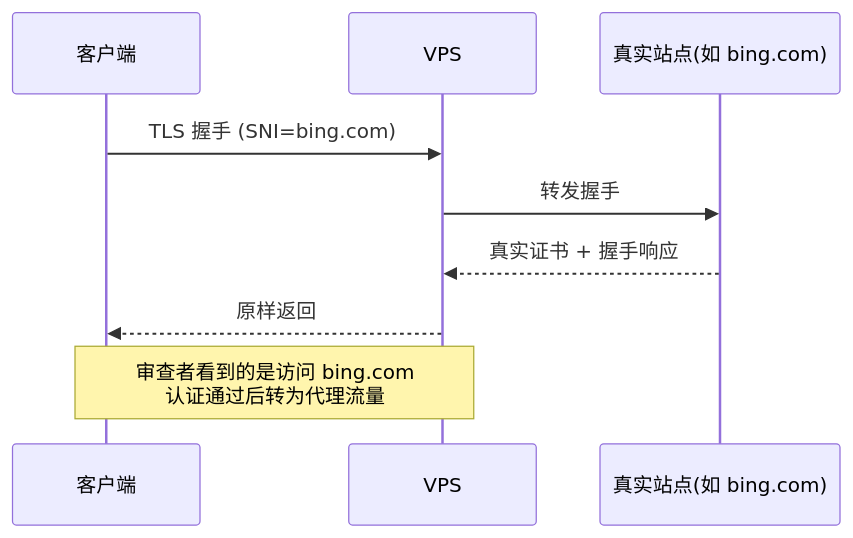
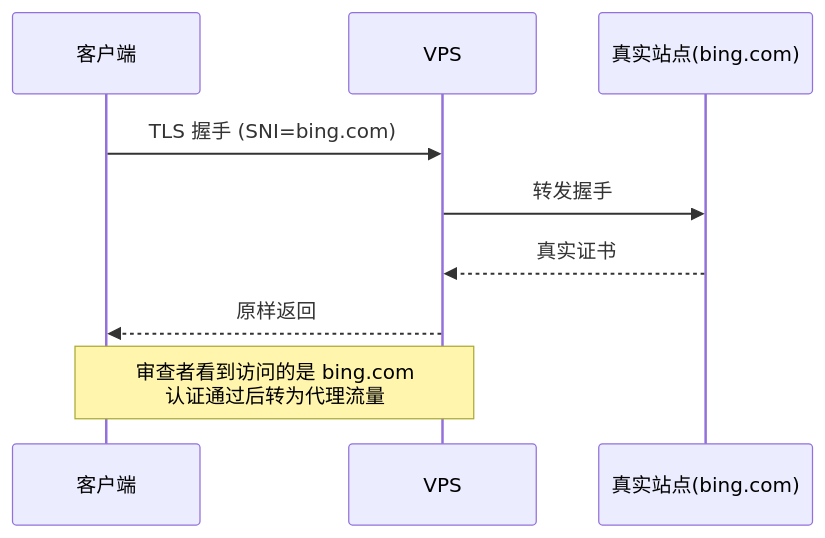
Before and after one commit to DamienZCollins/Personal-Proxy: the second of 3 diagrams in README.md, drawn with Mermaid. The commit also changed other lines of this file, not shown here.

````diff
--- a/README.md
+++ b/README.md
@@ -103,11 +44,11 @@
 ```mermaid
 sequenceDiagram
     participant C as 客户端
     participant S as VPS
-    participant T as 真实站点(如 bing.com)
+    participant T as 真实站点(bing.com)
     C->>S: TLS 握手 (SNI=bing.com)
     S->>T: 转发握手
-    T-->>S: 真实证书 + 握手响应
+    T-->>S: 真实证书
     S-->>C: 原样返回
-    Note over C,S: 审查者看到的是访问 bing.com<br/>认证通过后转为代理流量
+    Note over C,S: 审查者看到访问的是 bing.com<br/>认证通过后转为代理流量
 ```
````
